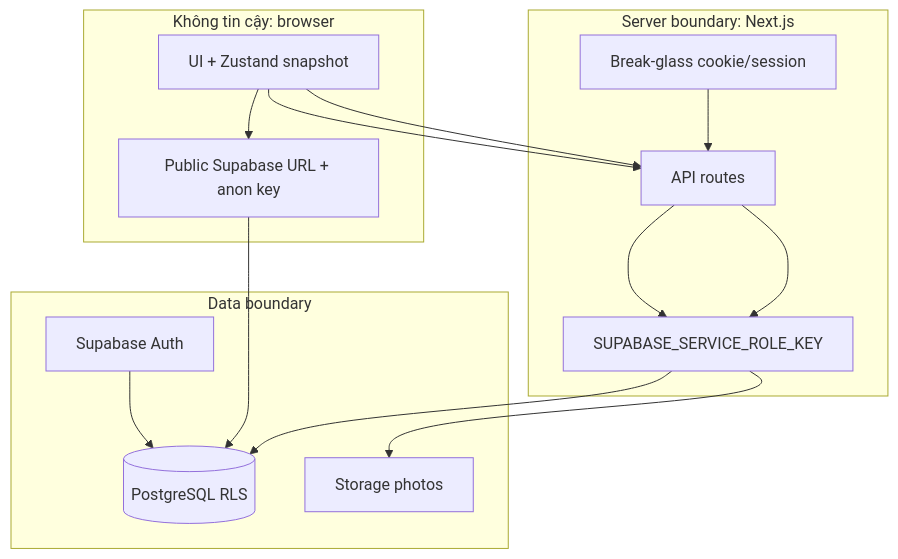
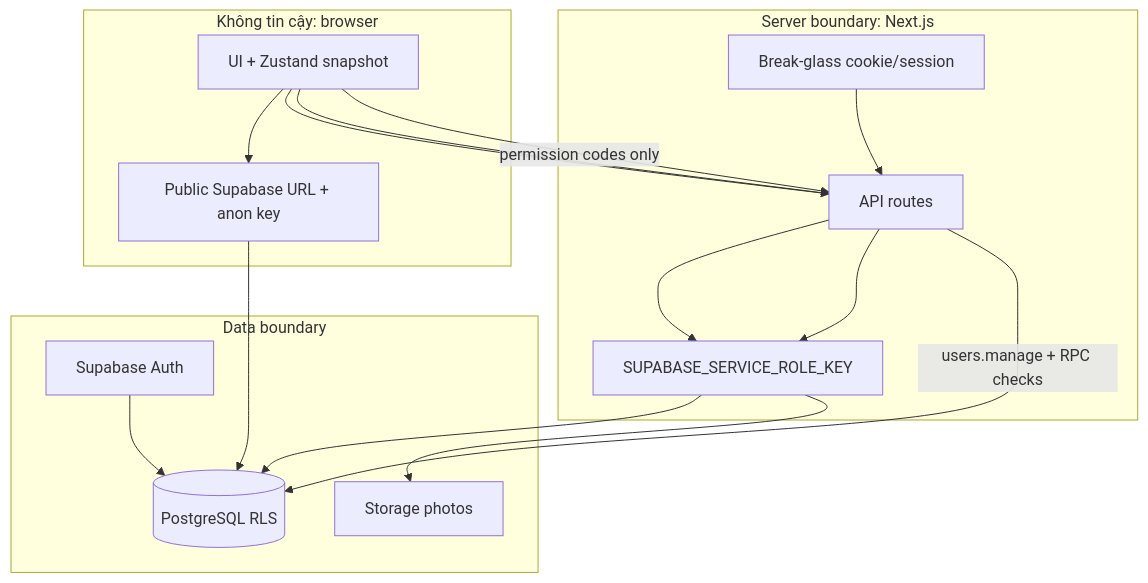
One commit to ThanhBinhAG/TheAntAdventure changed the second of 11 diagrams in docs/GRAPHRAG-MEMORY.md. Above: the diagram before and after it, drawn with Mermaid. The commit also changed other lines of this file, not shown here.

Commit message:
docs: Update GraphRAG Memory documentation with new snapshot date and detailed access control section; include flowcharts for permission management and API interactions; enhance clarity on role and permission models.

````diff
--- a/docs/GRAPHRAG-MEMORY.md
+++ b/docs/GRAPHRAG-MEMORY.md
@@ -51,22 +56,24 @@
 ```mermaid
 flowchart TB
   subgraph Browser[Không tin cậy: browser]
     UI[UI + Zustand snapshot]
     ANON[Public Supabase URL + anon key]
   end
   subgraph Next[Server boundary: Next.js]
     AR[API routes]
     SR[SUPABASE_SERVICE_ROLE_KEY]
     BG[Break-glass cookie/session]
   end
   subgraph Supabase[Data boundary]
     AU[Supabase Auth]
     DB[(PostgreSQL RLS)]
     ST[Storage photos]
   end
   UI --> ANON --> DB
   UI --> AR --> SR --> DB
   UI --> AR --> SR --> ST
   BG --> AR
   AU --> DB
+  UI -->|permission codes only| AR
+  AR -->|users.manage + RPC checks| DB
 ```
````
